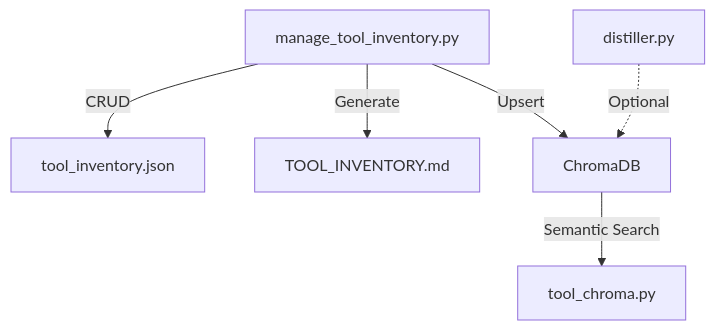
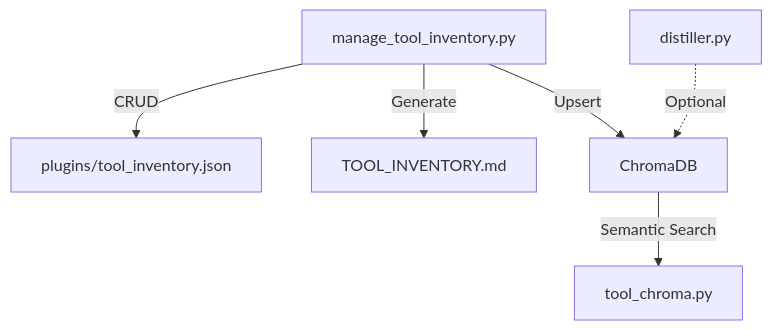
Before and after one commit to richfrem/InvestmentToolkit: the diagram in plugins/tool-inventory/README.md, drawn with Mermaid. The commit also changed 501 other files, not shown here.

````diff
--- a/plugins/tool-inventory/README.md
+++ b/plugins/tool-inventory/README.md
@@ -100,8 +100,8 @@
 ```mermaid
 graph TD
-    A["manage_tool_inventory.py"] -->|CRUD| B["tool_inventory.json"]
+    A["manage_tool_inventory.py"] -->|CRUD| B["plugins/tool_inventory.json"]
     A -->|Generate| C["TOOL_INVENTORY.md"]
     A -->|Upsert| D["ChromaDB"]
     D -->|Semantic Search| E["tool_chroma.py"]
     F["distiller.py"] -.->|Optional| D
 ```
````
